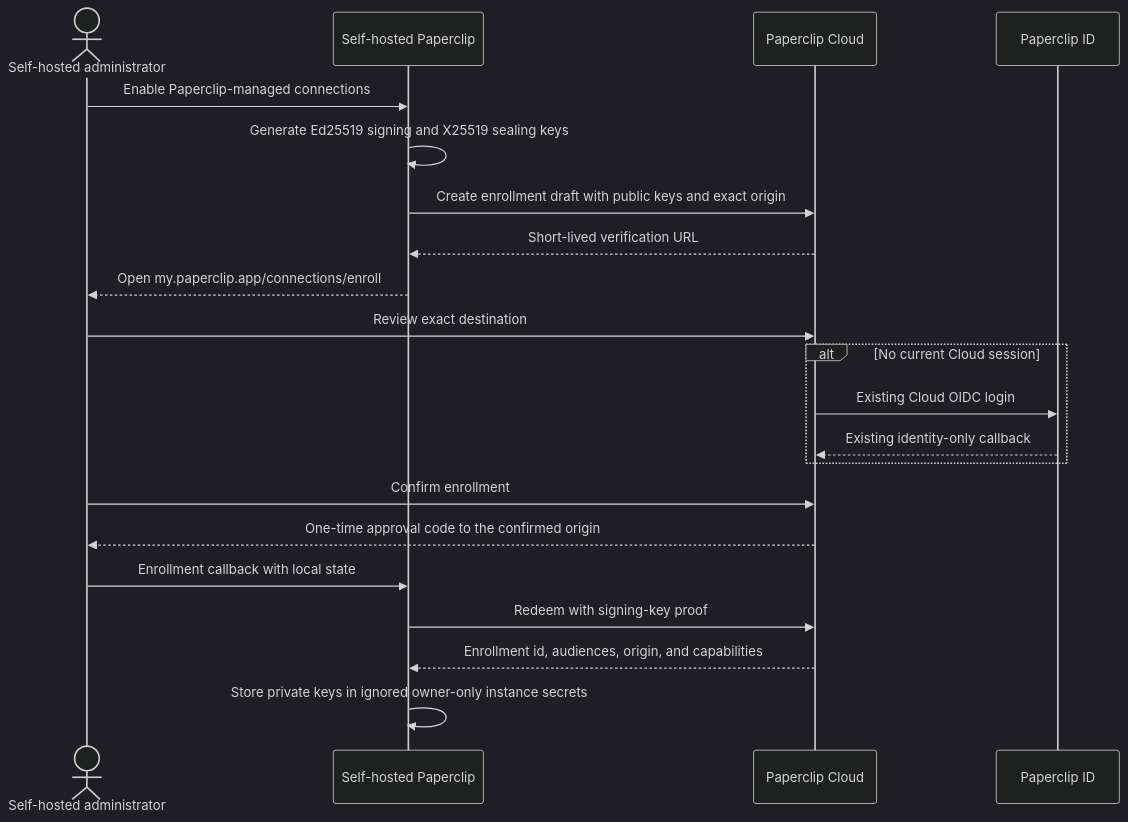
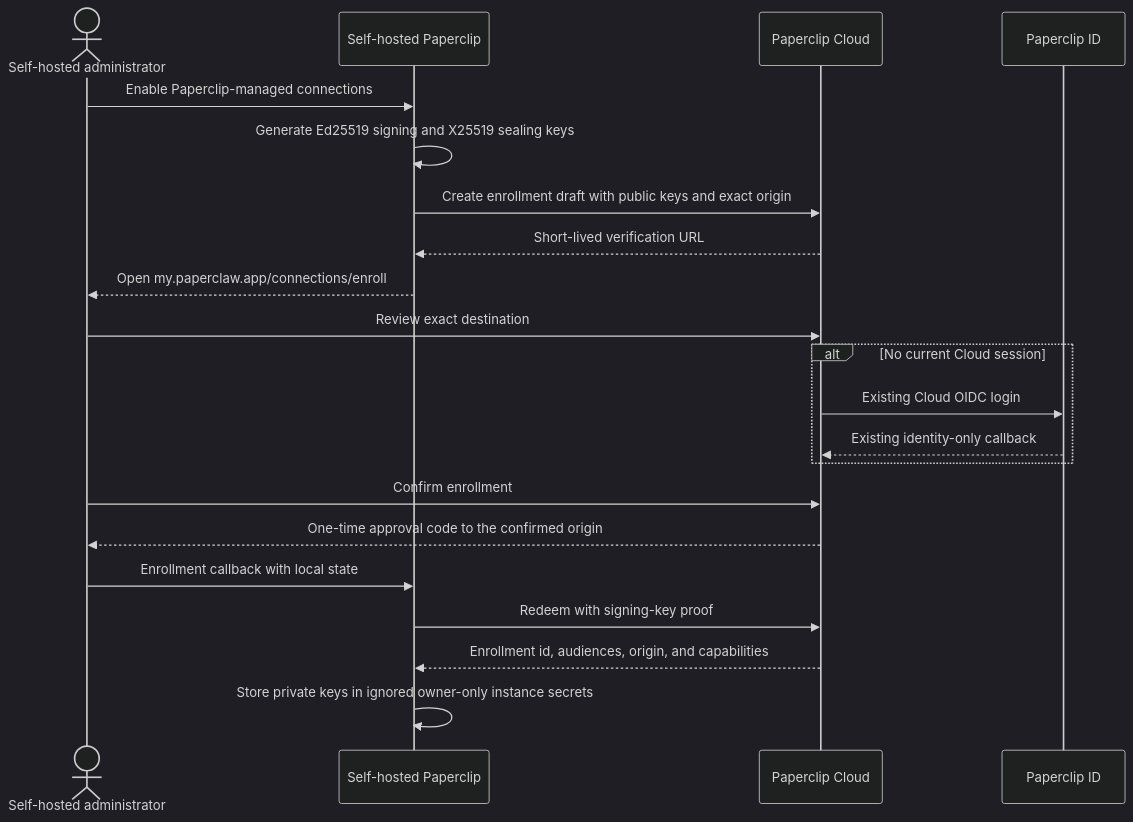
The first of 3 diagrams in doc/plans/2026-08-26-self-serve-mcp-connections.md (karanbavari/paperclaw), drawn with Mermaid (dark theme) before and after one commit. The commit also changed other lines of this file and 3282 other files, not shown here.

````diff
--- a/doc/plans/2026-08-26-self-serve-mcp-connections.md
+++ b/doc/plans/2026-08-26-self-serve-mcp-connections.md
@@ -188,24 +188,24 @@
 ```mermaid
 sequenceDiagram
     actor U as Self-hosted administrator
     participant P as Self-hosted Paperclip
     participant C as Paperclip Cloud
     participant I as Paperclip ID
 
     U->>P: Enable Paperclip-managed connections
     P->>P: Generate Ed25519 signing and X25519 sealing keys
     P->>C: Create enrollment draft with public keys and exact origin
     C-->>P: Short-lived verification URL
-    P-->>U: Open my.paperclip.app/connections/enroll
+    P-->>U: Open my.paperclaw.app/connections/enroll
     U->>C: Review exact destination
     alt No current Cloud session
         C->>I: Existing Cloud OIDC login
         I-->>C: Existing identity-only callback
     end
     U->>C: Confirm enrollment
     C-->>U: One-time approval code to the confirmed origin
     U->>P: Enrollment callback with local state
     P->>C: Redeem with signing-key proof
     C-->>P: Enrollment id, audiences, origin, and capabilities
     P->>P: Store private keys in ignored owner-only instance secrets
 ```
````
